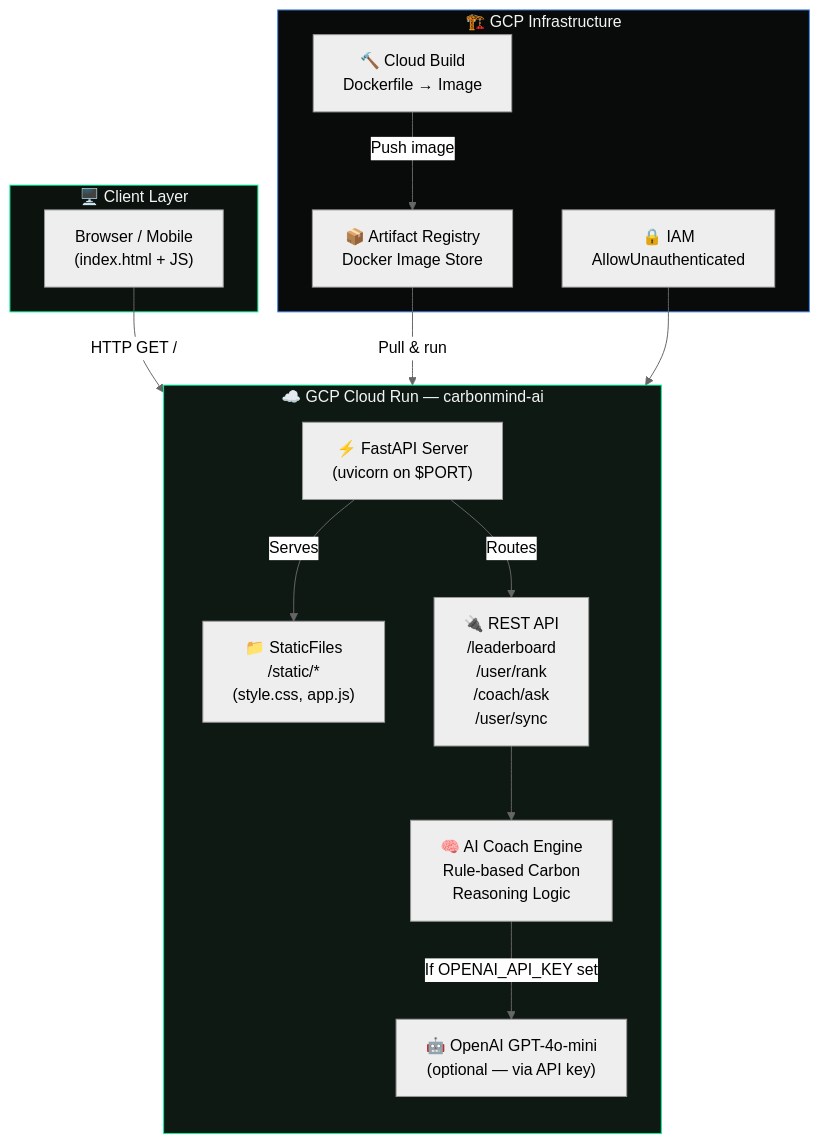
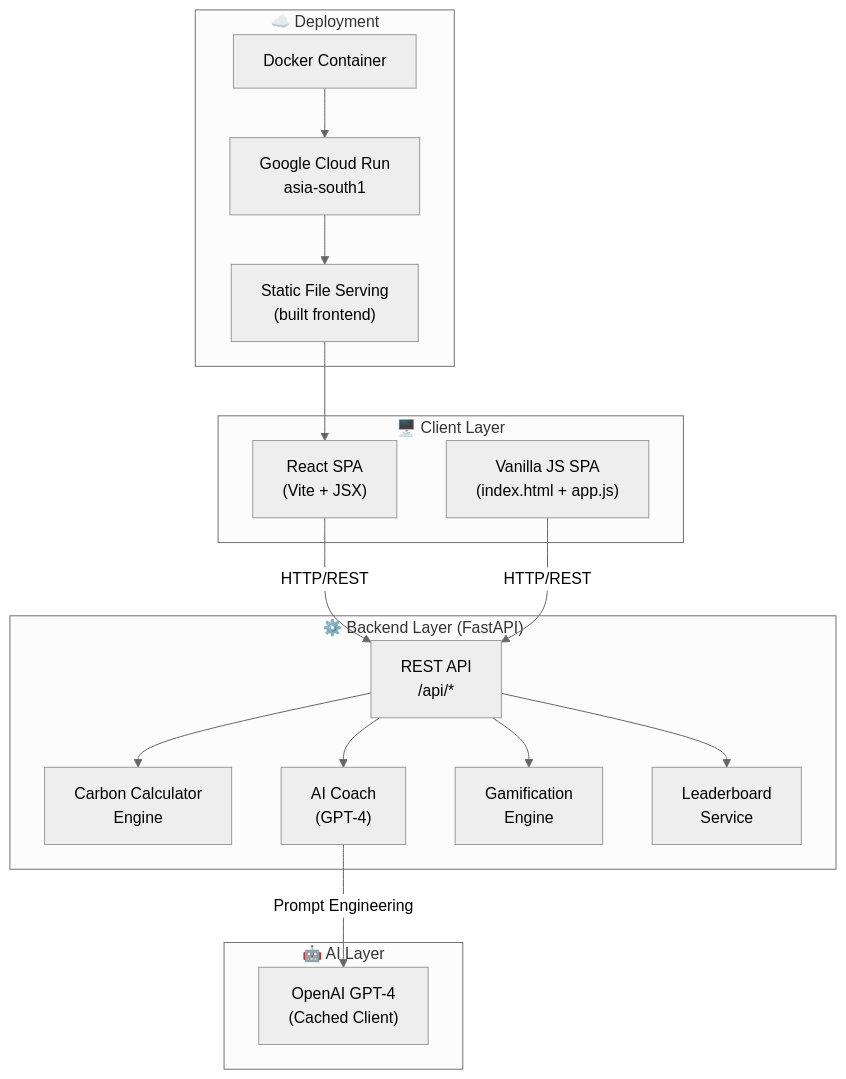
Before and after one commit to MdFaisalDevops/Carbon-ai-final: the first of 10 diagrams in README.md, drawn with Mermaid (neutral theme). The commit also changed other lines of this file and 10 other files, not shown here.

````diff
--- a/README.md
+++ b/README.md
@@ -86,34 +49,36 @@
 ```mermaid
 graph TB
-    subgraph CLIENT["🖥️ Client Layer"]
-        UI["Browser / Mobile\n(index.html + JS)"]
+    subgraph Client["🖥️ Client Layer"]
+        UI["React SPA\n(Vite + JSX)"]
+        VAN["Vanilla JS SPA\n(index.html + app.js)"]
     end
 
-    subgraph CLOUDRUN["☁️ GCP Cloud Run — carbonmind-ai"]
-        direction TB
-        FASTAPI["⚡ FastAPI Server\n(uvicorn on $PORT)"]
-        STATIC["📁 StaticFiles\n/static/*\n(style.css, app.js)"]
-        API["🔌 REST API\n/leaderboard\n/user/rank\n/coach/ask\n/user/sync"]
-        COACH["🧠 AI Coach Engine\nRule-based Carbon\nReasoning Logic"]
-        OPENAI["🤖 OpenAI GPT-4o-mini\n(optional — via API key)"]
+    subgraph Backend["⚙️ Backend Layer (FastAPI)"]
+        API["REST API\n/api/*"]
+        CALC["Carbon Calculator\nEngine"]
+        COACH["AI Coach\n(GPT-4)"]
+        GAME["Gamification\nEngine"]
+        LEAD["Leaderboard\nService"]
     end
 
-    subgraph GCP["🏗️ GCP Infrastructure"]
-        ARTIFACT["📦 Artifact Registry\nDocker Image Store"]
-        CLOUDBUILD["🔨 Cloud Build\nDockerfile → Image"]
-        IAM["🔒 IAM\nAllowUnauthenticated"]
+    subgraph AI["🤖 AI Layer"]
+        GPT["OpenAI GPT-4\n(Cached Client)"]
     end
 
-    UI -->|"HTTP GET /"| FASTAPI
-    FASTAPI -->|"Serves"| STATIC
-    FASTAPI -->|"Routes"| API
+    subgraph Deploy["☁️ Deployment"]
+        DOCKER["Docker Container"]
+        GCR["Google Cloud Run\nasia-south1"]
+        STATIC["Static File Serving\n(built frontend)"]
+    end
+
+    UI -->|HTTP/REST| API
+    VAN -->|HTTP/REST| API
+    API --> CALC
     API --> COACH
-    COACH -->|"If OPENAI_API_KEY set"| OPENAI
-    CLOUDBUILD -->|"Push image"| ARTIFACT
-    ARTIFACT -->|"Pull & run"| FASTAPI
-    IAM --> FASTAPI
-
-    style CLIENT fill:#0c120e,stroke:#00f59b,color:#f3f4f6
-    style CLOUDRUN fill:#0f1913,stroke:#00f59b,color:#f3f4f6
-    style GCP fill:#080b09,stroke:#4285F4,color:#f3f4f6
+    API --> GAME
+    API --> LEAD
+    COACH -->|Prompt Engineering| GPT
+    DOCKER --> GCR
+    GCR --> STATIC
+    STATIC --> UI
 ```
````
